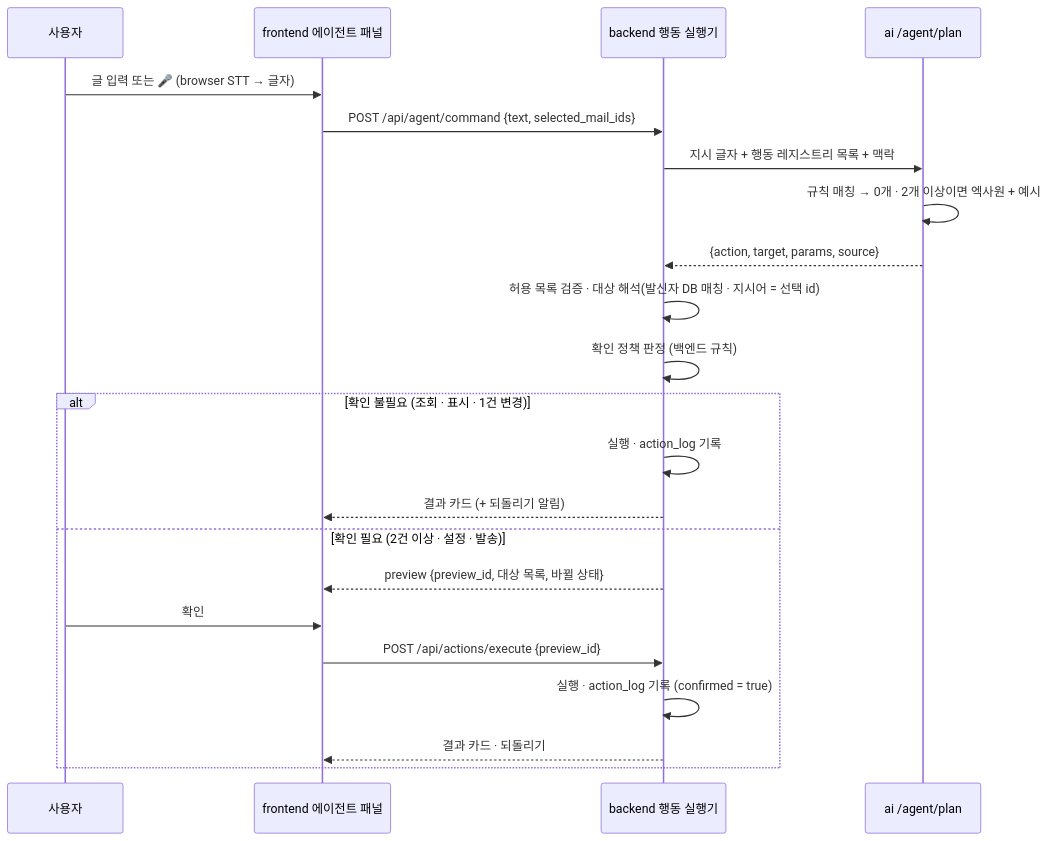
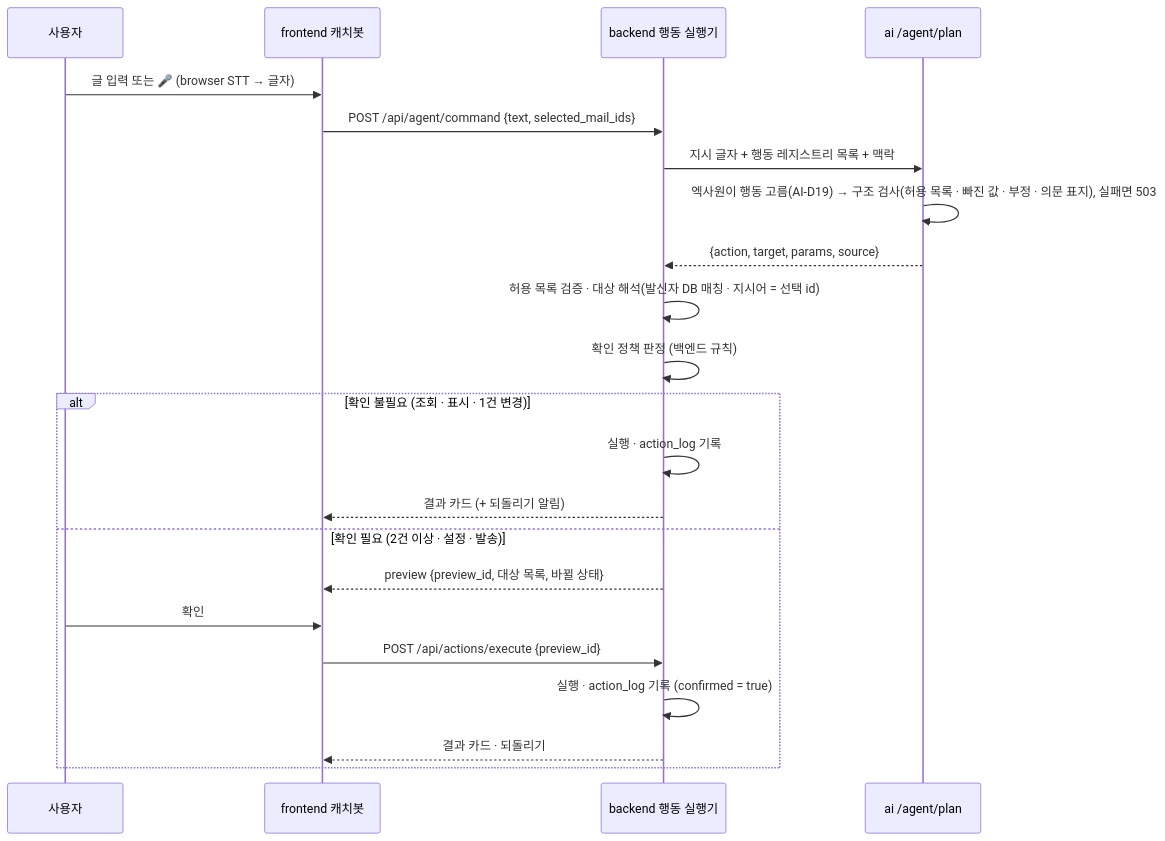
Before and after one commit to dlwodns/Teamproject_6: the fifth of 5 diagrams in docs/00_common/architecture.md, drawn with Mermaid. The commit also changed other lines of this file and 81 other files, not shown here.

First line of the commit message:
docs: #324 문서 · 구조도 · 주석 11-27 기준 최신화

````diff
--- a/docs/00_common/architecture.md
+++ b/docs/00_common/architecture.md
@@ -291,24 +312,24 @@
 ```mermaid
 sequenceDiagram
   participant U as 사용자
-  participant F as frontend 에이전트 패널
+  participant F as frontend 캐치봇
   participant B as backend 행동 실행기
   participant A as ai /agent/plan
   U->>F: 글 입력 또는 🎤 (browser STT → 글자)
   F->>B: POST /api/agent/command {text, selected_mail_ids}
   B->>A: 지시 글자 + 행동 레지스트리 목록 + 맥락
-  A->>A: 규칙 매칭 → 0개 · 2개 이상이면 엑사원 + 예시
+  A->>A: 엑사원이 행동 고름(AI-D19) → 구조 검사(허용 목록 · 빠진 값 · 부정 · 의문 표지), 실패면 503
   A-->>B: {action, target, params, source}
   B->>B: 허용 목록 검증 · 대상 해석(발신자 DB 매칭 · 지시어 = 선택 id)
   B->>B: 확인 정책 판정 (백엔드 규칙)
   alt 확인 불필요 (조회 · 표시 · 1건 변경)
     B->>B: 실행 · action_log 기록
     B-->>F: 결과 카드 (+ 되돌리기 알림)
   else 확인 필요 (2건 이상 · 설정 · 발송)
     B-->>F: preview {preview_id, 대상 목록, 바뀔 상태}
     U->>F: 확인
     F->>B: POST /api/actions/execute {preview_id}
     B->>B: 실행 · action_log 기록 (confirmed = true)
     B-->>F: 결과 카드 · 되돌리기
   end
 ```
````
